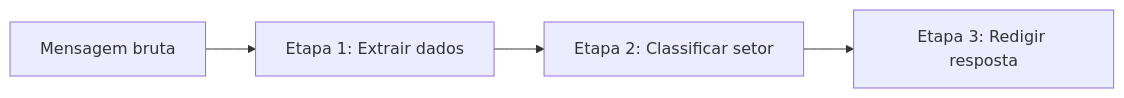
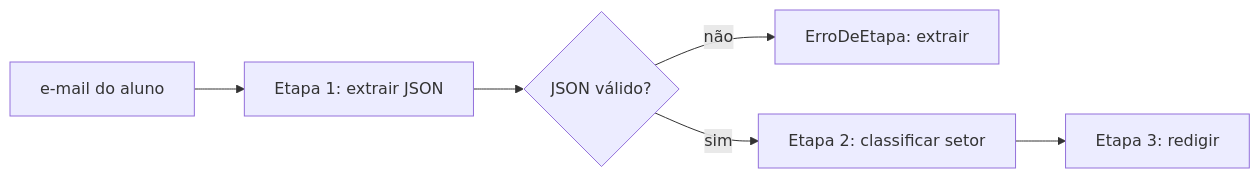
The diagram in content/cursos/n7-engenharia-de-ia/02-prompting/02-decomposicao-e-cadeia-de-pensamento.lvl.md (Lip3Bazinga/v0-level-usp-project), drawn with Mermaid before and after one commit. The commit also changed other lines of this file and 20 other files, not shown here.

````diff
--- a/content/cursos/n7-engenharia-de-ia/02-prompting/02-decomposicao-e-cadeia-de-pensamento.lvl.md
+++ b/content/cursos/n7-engenharia-de-ia/02-prompting/02-decomposicao-e-cadeia-de-pensamento.lvl.md
@@ -28,6 +1001,8 @@
 ```mermaid
 flowchart LR
-    A["Mensagem bruta"] --> B["Etapa 1: Extrair dados"]
-    B --> C["Etapa 2: Classificar setor"]
-    C --> D["Etapa 3: Redigir resposta"]
+    A["e-mail do aluno"] --> B["Etapa 1: extrair JSON"]
+    B --> V{"JSON válido?"}
+    V -->|não| F["ErroDeEtapa: extrair"]
+    V -->|sim| C["Etapa 2: classificar setor"]
+    C --> D["Etapa 3: redigir"]
 ```
````
